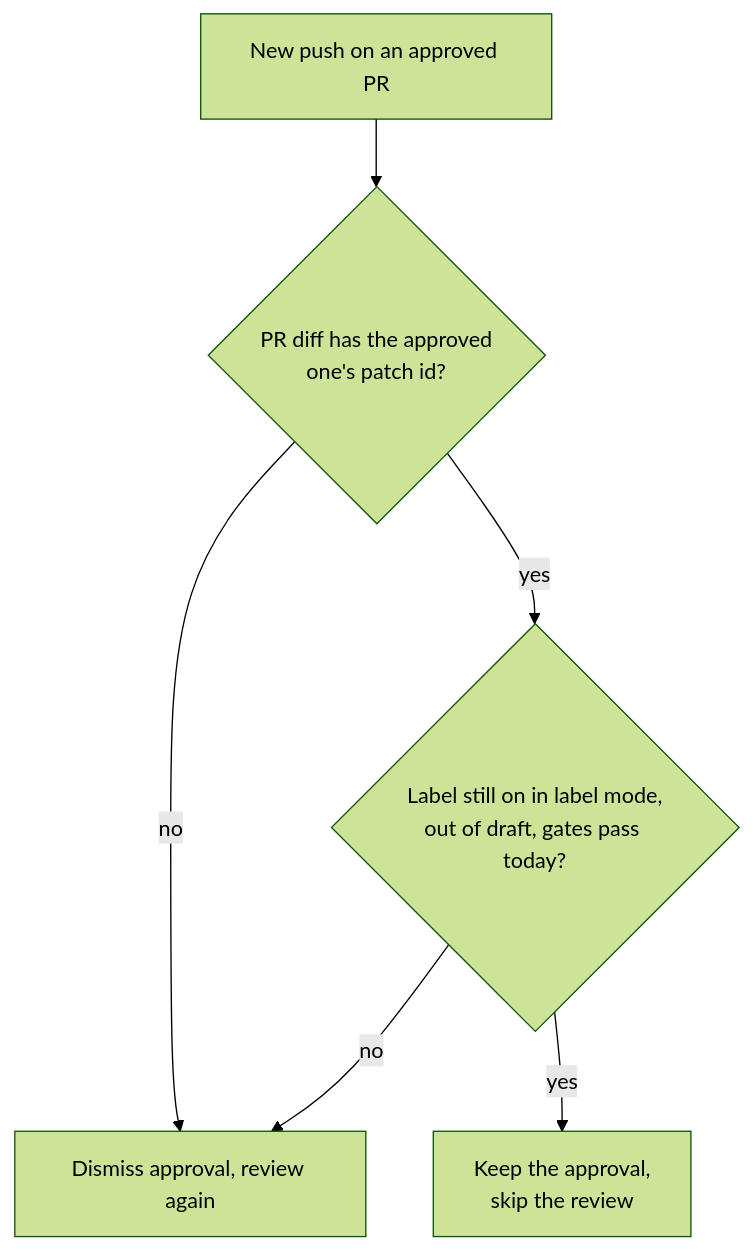
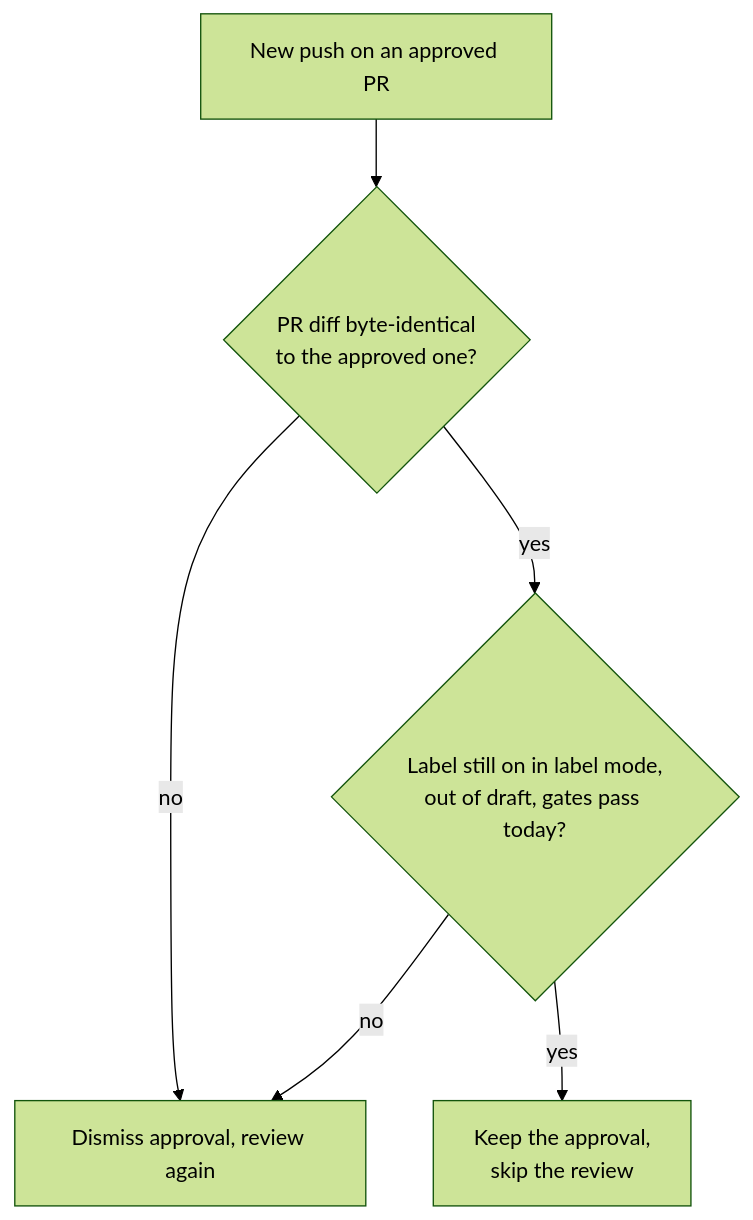
The diagram in docs/src/content/docs/operations/approval-retention.md (jagreehal/stamp), drawn with Mermaid (forest theme) before and after one commit. The commit also changed other lines of this file and 9 other files, not shown here.

````diff
--- a/docs/src/content/docs/operations/approval-retention.md
+++ b/docs/src/content/docs/operations/approval-retention.md
@@ -5,8 +5,8 @@
 ```mermaid
 flowchart TD
-    P[New push on an approved PR] --> Q{PR diff has the approved<br/>one's patch id?}
+    P[New push on an approved PR] --> Q{PR diff byte-identical<br/>to the approved one?}
     Q -- no --> D[Dismiss approval, review again]
     Q -- yes --> C{Label still on in label mode,<br/>out of draft, gates pass today?}
     C -- no --> D
     C -- yes --> K[Keep the approval,<br/>skip the review]
 ```
````
